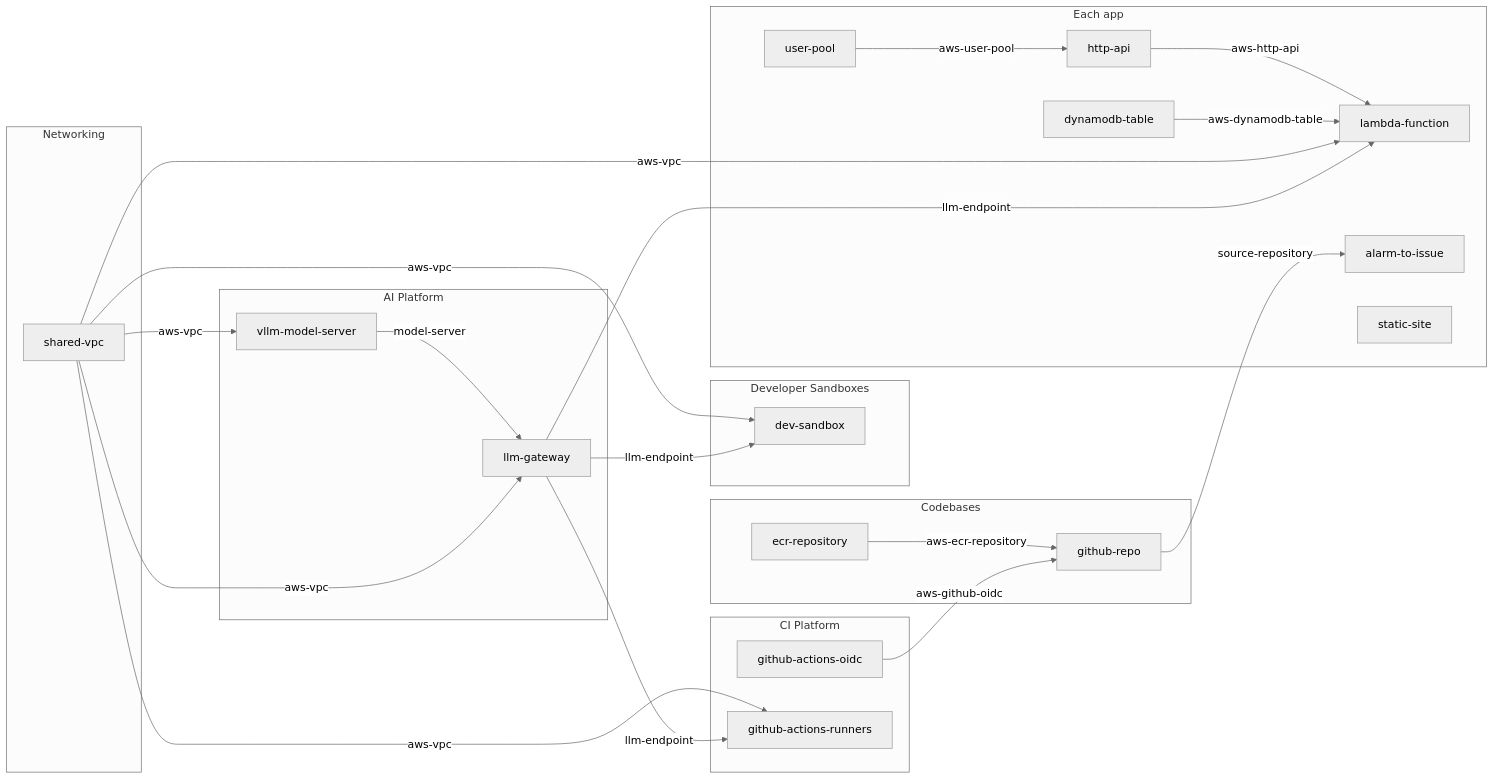
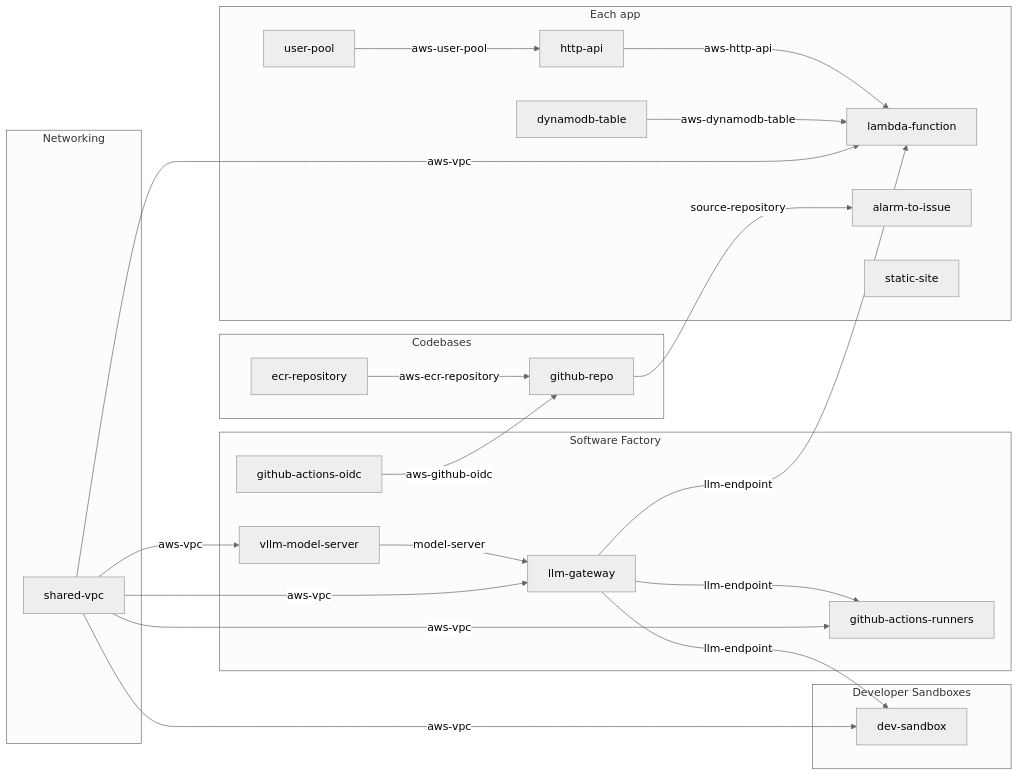
One commit to massdriver-catalogs/aws-software-factory changed the diagram in README.md. Above: the diagram before and after it, drawn with Mermaid (neutral theme). The commit also changed other lines of this file and 4 other files, not shown here.

Commit message:
Describe the catalog as five projects, with one Software Factory

````diff
--- a/README.md
+++ b/README.md
@@ -26,31 +25,29 @@
 ```mermaid
 flowchart LR
   subgraph Networking
     VPC[shared-vpc]
   end
-  subgraph AIPlatform[AI Platform]
+  subgraph Factory[Software Factory]
     VLLM[vllm-model-server] -->|model-server| GW[llm-gateway]
+    GW -->|llm-endpoint| RUN[github-actions-runners]
+    OIDC[github-actions-oidc]
   end
   subgraph Sandboxes[Developer Sandboxes]
     SB[dev-sandbox]
-  end
-  subgraph CI[CI Platform]
-    OIDC[github-actions-oidc]
-    RUN[github-actions-runners]
   end
   subgraph Codebases
     ECR[ecr-repository] -->|aws-ecr-repository| REPO[github-repo]
   end
   subgraph App[Each app]
     UP[user-pool] -->|aws-user-pool| API[http-api]
     API -->|aws-http-api| FN[lambda-function]
     DDB[dynamodb-table] -->|aws-dynamodb-table| FN
     A2I[alarm-to-issue]
     WEB[static-site]
   end
 
   VPC -->|aws-vpc| GW & VLLM & SB & RUN & FN
-  GW -->|llm-endpoint| SB & RUN & FN
+  GW -->|llm-endpoint| SB & FN
   OIDC -->|aws-github-oidc| REPO
   REPO -->|source-repository| A2I
 ```
````
